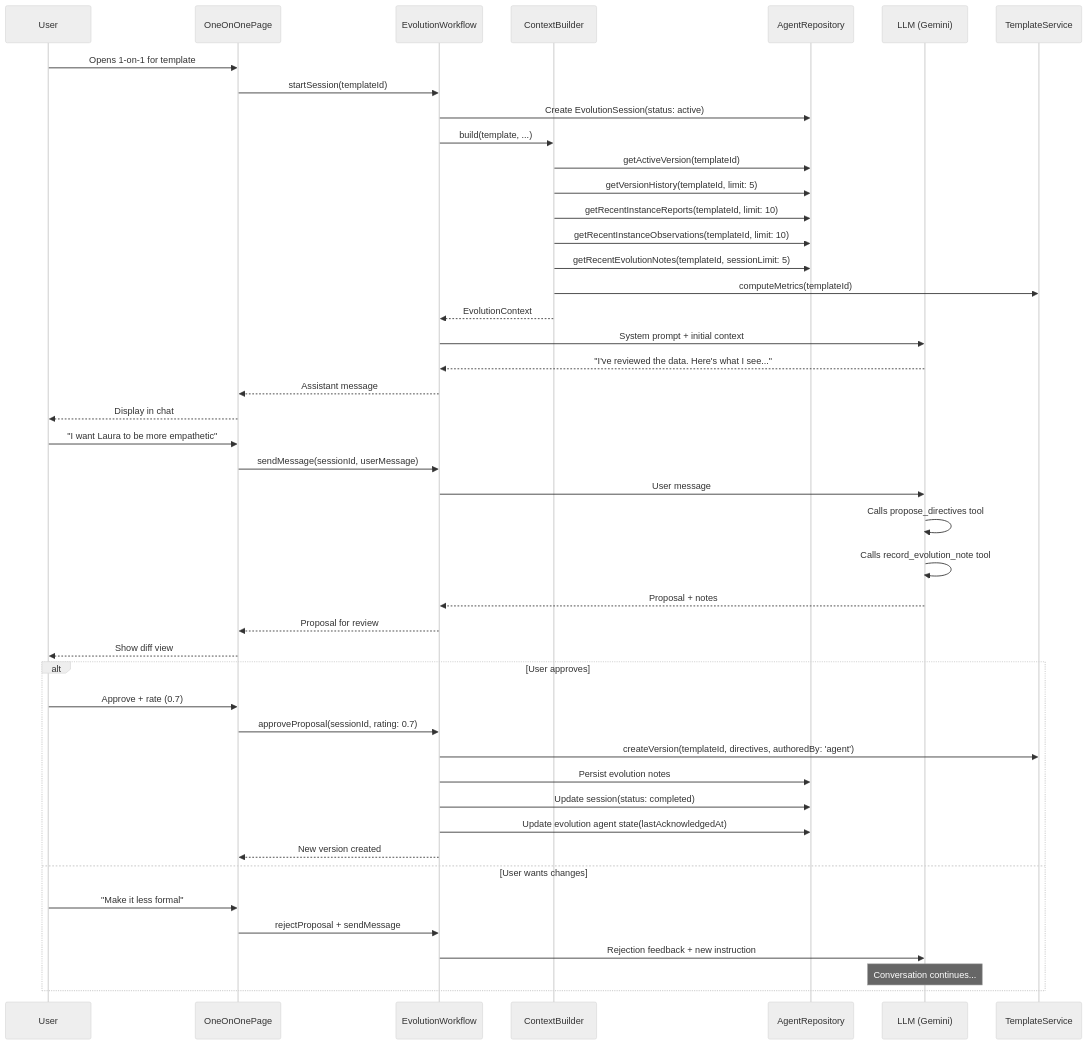
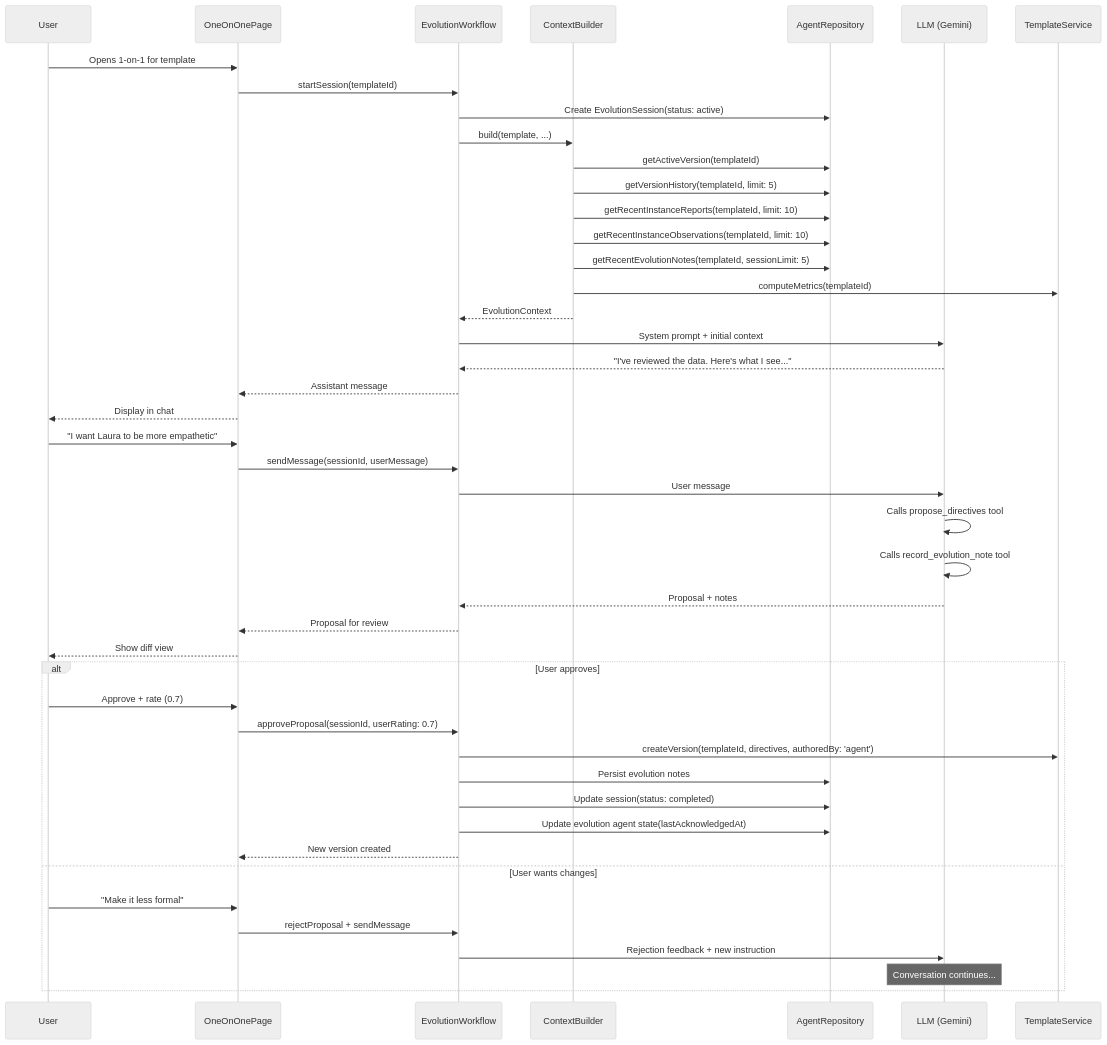
One commit to matthiasn/lotti changed the fourth of 8 diagrams in docs/implementation_plans/2026-02-26_template_evolution_agent_lifecycle.md. Above: the diagram before and after it, drawn with Mermaid (neutral theme). The commit also changed other lines of this file, not shown here.

````diff
--- a/docs/implementation_plans/2026-02-26_template_evolution_agent_lifecycle.md
+++ b/docs/implementation_plans/2026-02-26_template_evolution_agent_lifecycle.md
@@ -467,52 +468,52 @@
 ```mermaid
 sequenceDiagram
     participant U as User
     participant UI as OneOnOnePage
     participant EW as EvolutionWorkflow
     participant CB as ContextBuilder
     participant DB as AgentRepository
     participant LLM as LLM (Gemini)
     participant TS as TemplateService
 
     U->>UI: Opens 1-on-1 for template
     UI->>EW: startSession(templateId)
     EW->>DB: Create EvolutionSession(status: active)
     EW->>CB: build(template, ...)
 
     CB->>DB: getActiveVersion(templateId)
     CB->>DB: getVersionHistory(templateId, limit: 5)
     CB->>DB: getRecentInstanceReports(templateId, limit: 10)
     CB->>DB: getRecentInstanceObservations(templateId, limit: 10)
     CB->>DB: getRecentEvolutionNotes(templateId, sessionLimit: 5)
     CB->>TS: computeMetrics(templateId)
     CB-->>EW: EvolutionContext
 
     EW->>LLM: System prompt + initial context
     LLM-->>EW: "I've reviewed the data. Here's what I see..."
     EW-->>UI: Assistant message
     UI-->>U: Display in chat
 
     U->>UI: "I want Laura to be more empathetic"
     UI->>EW: sendMessage(sessionId, userMessage)
     EW->>LLM: User message
     LLM->>LLM: Calls propose_directives tool
     LLM->>LLM: Calls record_evolution_note tool
     LLM-->>EW: Proposal + notes
     EW-->>UI: Proposal for review
     UI-->>U: Show diff view
 
     alt User approves
         U->>UI: Approve + rate (0.7)
-        UI->>EW: approveProposal(sessionId, rating: 0.7)
+        UI->>EW: approveProposal(sessionId, userRating: 0.7)
         EW->>TS: createVersion(templateId, directives, authoredBy: 'agent')
         EW->>DB: Persist evolution notes
         EW->>DB: Update session(status: completed)
         EW->>DB: Update evolution agent state(lastAcknowledgedAt)
         EW-->>UI: New version created
     else User wants changes
         U->>UI: "Make it less formal"
         UI->>EW: rejectProposal + sendMessage
         EW->>LLM: Rejection feedback + new instruction
         Note over LLM: Conversation continues...
     end
 ```
````
